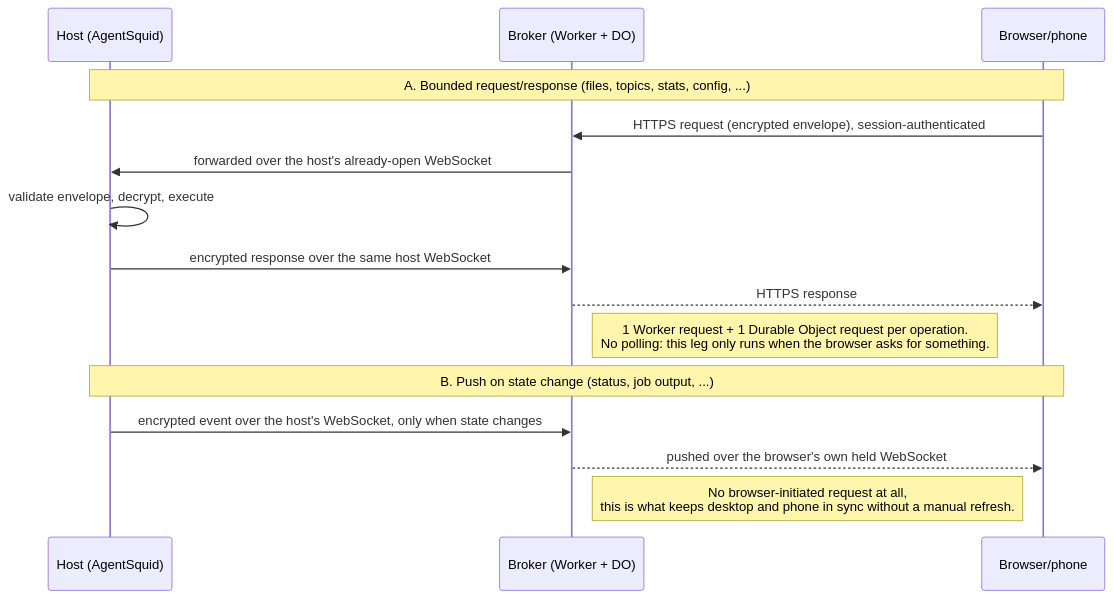
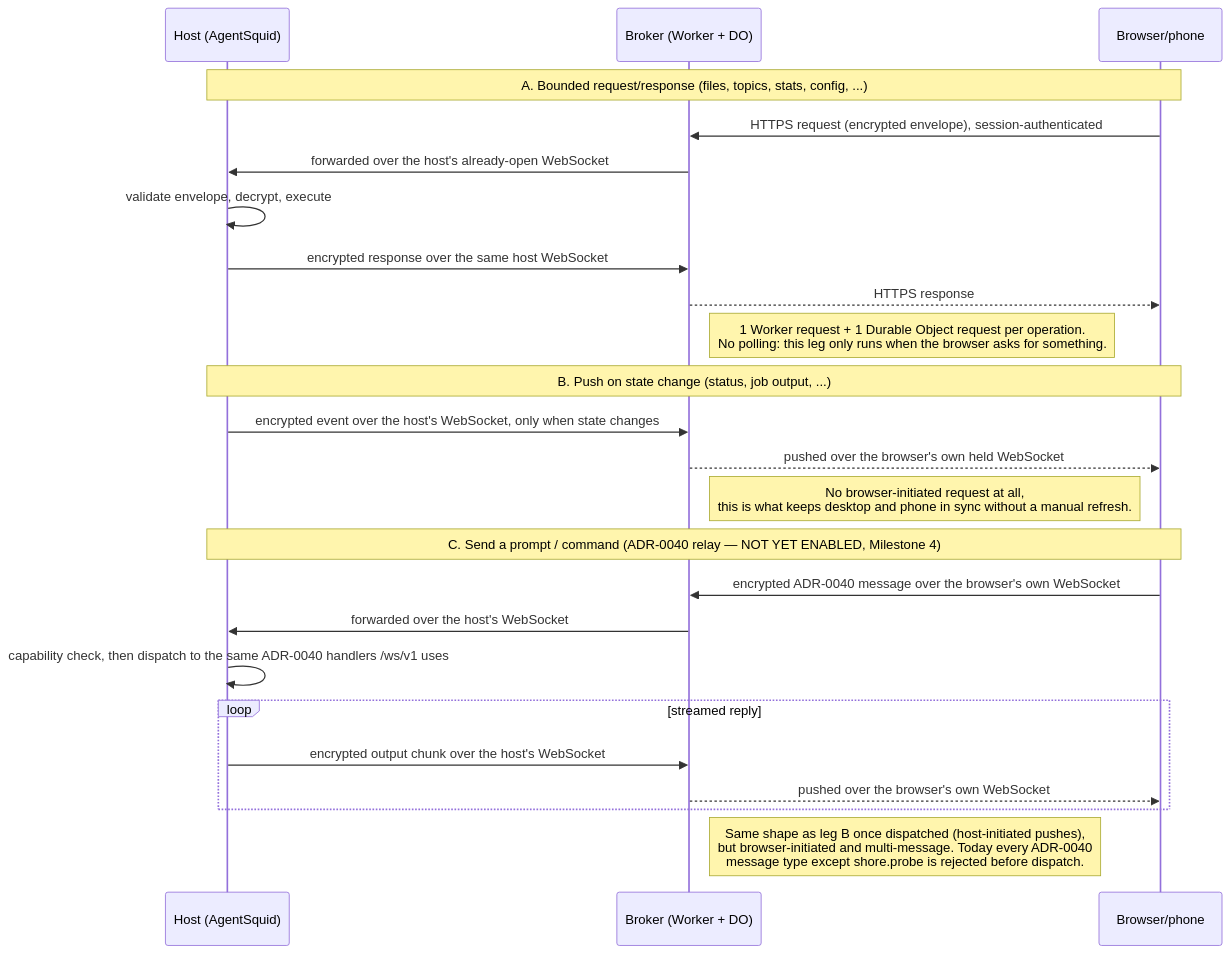
Before and after one commit to agent-squid/squid: the second of 2 diagrams in docs/decisions/0039-remote-access-via-shore-broker.md, drawn with Mermaid. The commit also changed other lines of this file, not shown here.

Commit message:
docs: update ADR-0039 with additional details

````diff
--- a/docs/decisions/0039-remote-access-via-shore-broker.md
+++ b/docs/decisions/0039-remote-access-via-shore-broker.md
@@ -233,19 +233,29 @@
 ```mermaid
 sequenceDiagram
     participant Host as Host (AgentSquid)
     participant Broker as Broker (Worker + DO)
     participant Browser as Browser/phone
 
     Note over Browser,Host: A. Bounded request/response (files, topics, stats, config, ...)
     Browser->>Broker: HTTPS request (encrypted envelope), session-authenticated
     Broker->>Host: forwarded over the host's already-open WebSocket
     Host->>Host: validate envelope, decrypt, execute
     Host->>Broker: encrypted response over the same host WebSocket
     Broker-->>Browser: HTTPS response
     Note right of Broker: 1 Worker request + 1 Durable Object request per operation.<br/>No polling: this leg only runs when the browser asks for something.
 
     Note over Browser,Host: B. Push on state change (status, job output, ...)
     Host->>Broker: encrypted event over the host's WebSocket, only when state changes
     Broker-->>Browser: pushed over the browser's own held WebSocket
     Note right of Broker: No browser-initiated request at all,<br/>this is what keeps desktop and phone in sync without a manual refresh.
+
+    Note over Browser,Host: C. Send a prompt / command (ADR-0040 relay — NOT YET ENABLED, Milestone 4)
+    Browser->>Broker: encrypted ADR-0040 message over the browser's own WebSocket
+    Broker->>Host: forwarded over the host's WebSocket
+    Host->>Host: capability check, then dispatch to the same ADR-0040 handlers /ws/v1 uses
+    loop streamed reply
+        Host->>Broker: encrypted output chunk over the host's WebSocket
+        Broker-->>Browser: pushed over the browser's own WebSocket
+    end
+    Note right of Broker: Same shape as leg B once dispatched (host-initiated pushes),<br/>but browser-initiated and multi-message. Today every ADR-0040<br/>message type except shore.probe is rejected before dispatch.
 ```
````
